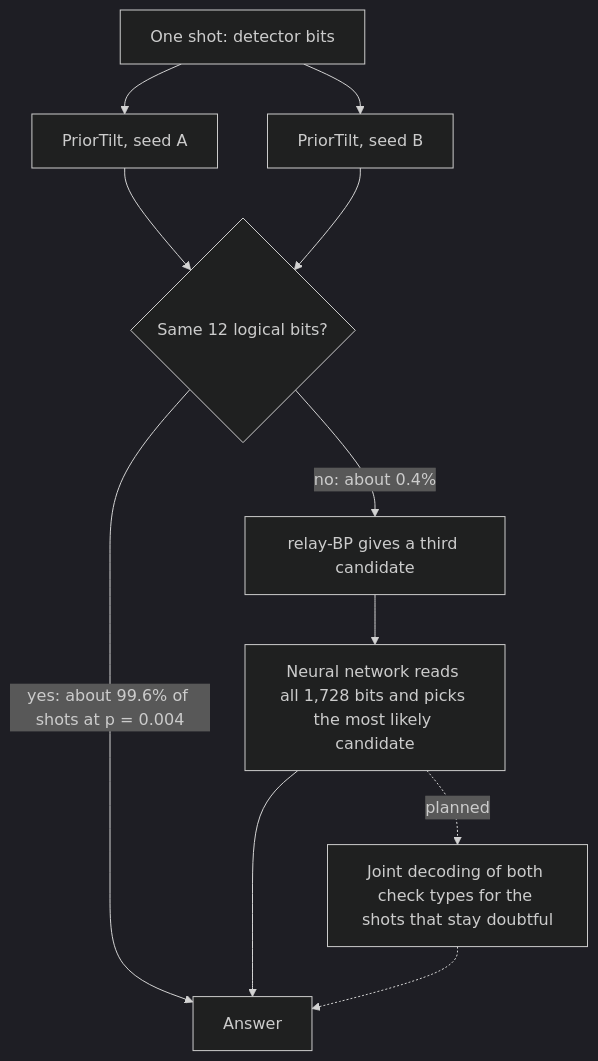
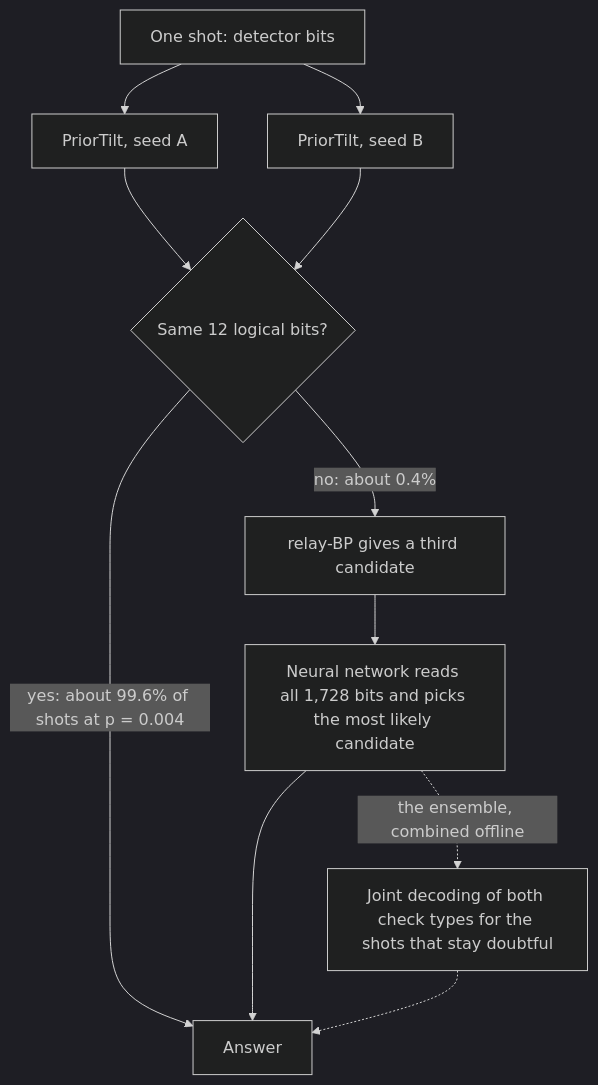
The diagram in information.md (Trade42/HackMidwest), drawn with Mermaid (dark theme) before and after one commit. The commit also changed other lines of this file, not shown here.

First line of the commit message:
information.md: the results on the held-out test shots

````diff
--- a/information.md
+++ b/information.md
@@ -103,13 +161,13 @@
 ```mermaid
 flowchart TD
     S["One shot: detector bits"] --> P1["PriorTilt, seed A"]
     S --> P2["PriorTilt, seed B"]
     P1 --> Q{"Same 12 logical bits?"}
     P2 --> Q
     Q -- "yes: about 99.6% of shots at p = 0.004" --> A["Answer"]
     Q -- "no: about 0.4%" --> R["relay-BP gives a third candidate"]
     R --> N["Neural network reads all 1,728 bits and picks the most likely candidate"]
     N --> A
-    N -. "planned" .-> J["Joint decoding of both check types for the shots that stay doubtful"]
+    N -. "the ensemble, combined offline" .-> J["Joint decoding of both check types for the shots that stay doubtful"]
     J -.-> A
 ```
````
